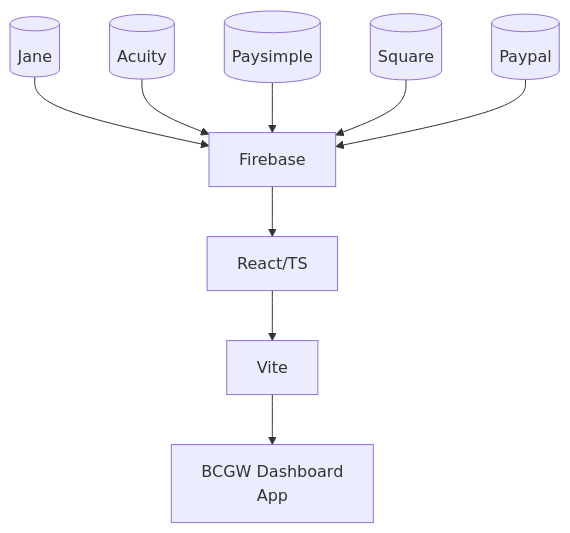
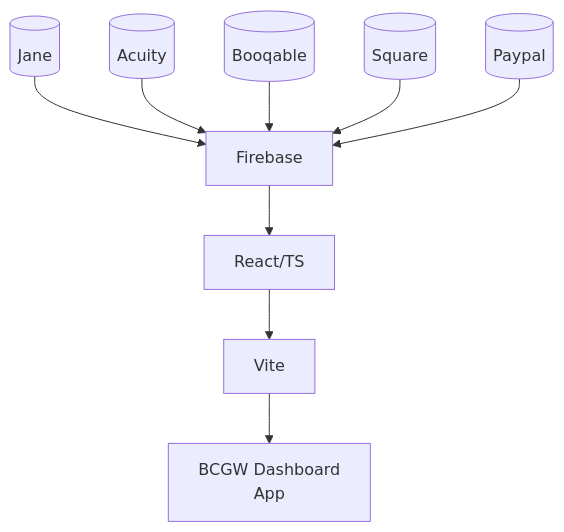
Before and after one commit to Hack4Impact-UMD/breastfeeding-center-gw: the diagram in README.md, drawn with Mermaid. The commit also changed other lines of this file, not shown here.

Commit message:
replace paysimple with booqable on readme

````diff
--- a/README.md
+++ b/README.md
@@ -43,13 +43,13 @@
 ```mermaid
     flowchart TD
         mc[(Jane)] --> back
         ac[(Acuity)] --> back
-        ps[(Paysimple)] --> back
+        ps[(Booqable)] --> back
         sq[(Square)] --> back
         pp[(Paypal)] --> back
         back[Firebase] --> front
         front[React/TS] --> build
         build[Vite] --> app
         app[BCGW Dashboard
         App]
 ```
````
